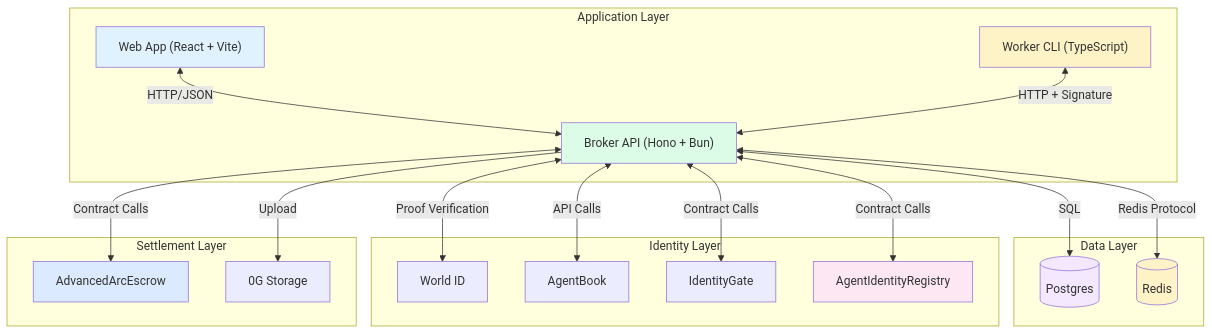
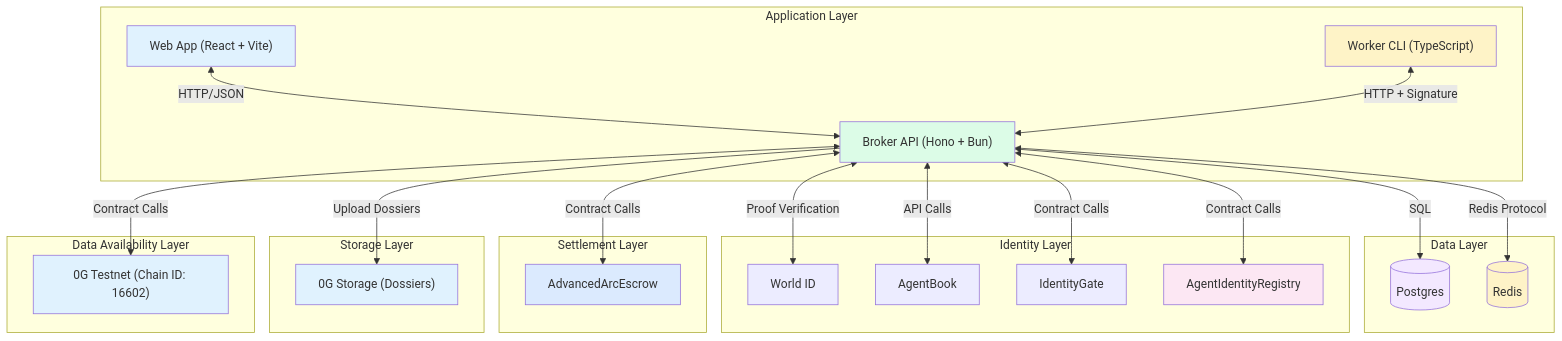
Before and after one commit to chimera-defi/ethglobal-cannes-2026-intelligence-exchange: the first of 2 diagrams in docs/architecture/system-overview.md, drawn with Mermaid. The commit also changed other lines of this file, not shown here.

Commit message:
docs: update system-overview.md with 0G layers
Add proper 0G representation to system architecture:
- Storage Layer: 0G Storage (Dossiers)
- Data Availability Layer: 0G Testnet (Chain ID: 16602)
- Updated overview text to mention 0G alongside Worldchain and Arc
- Added styling for 0G components

````diff
--- a/docs/architecture/system-overview.md
+++ b/docs/architecture/system-overview.md
@@ -17,47 +17,57 @@
 ```mermaid
 flowchart TB
   subgraph Apps["Application Layer"]
     Web["Web App (React + Vite)"]
     Broker["Broker API (Hono + Bun)"]
     Worker["Worker CLI (TypeScript)"]
   end
 
   subgraph Data["Data Layer"]
     Postgres[("Postgres")]
     Redis[("Redis")]
   end
 
   subgraph Identity["Identity Layer"]
     WorldID["World ID"]
     AgentBook["AgentBook"]
     IdentityGate["IdentityGate"]
     Registry["AgentIdentityRegistry"]
   end
 
   subgraph Settlement["Settlement Layer"]
     Arc["AdvancedArcEscrow"]
-    ZeroG["0G Storage"]
+  end
+
+  subgraph Storage["Storage Layer"]
+    ZeroG["0G Storage (Dossiers)"]
+  end
+
+  subgraph DataAvailability["Data Availability Layer"]
+    ZeroGDA["0G Testnet (Chain ID: 16602)"]
   end
 
   Web <-->|HTTP/JSON| Broker
   Worker <-->|HTTP + Signature| Broker
   
   Broker <-->|SQL| Postgres
   Broker <-->|Redis Protocol| Redis
   
   Broker <-->|Proof Verification| WorldID
   Broker <-->|API Calls| AgentBook
   Broker <-->|Contract Calls| IdentityGate
   Broker <-->|Contract Calls| Registry
   
   Broker <-->|Contract Calls| Arc
-  Broker -->|Upload| ZeroG
+  Broker -->|Upload Dossiers| ZeroG
+  Broker <-->|Contract Calls| ZeroGDA
 
   style Web fill:#e0f2fe
   style Broker fill:#dcfce7
   style Worker fill:#fef3c7
   style Postgres fill:#f3e8ff
   style Redis fill:#fef3c7
   style Arc fill:#dbeafe
   style Registry fill:#fce7f3
+  style ZeroG fill:#e0f2fe
+  style ZeroGDA fill:#e0f2fe
 ```
````
